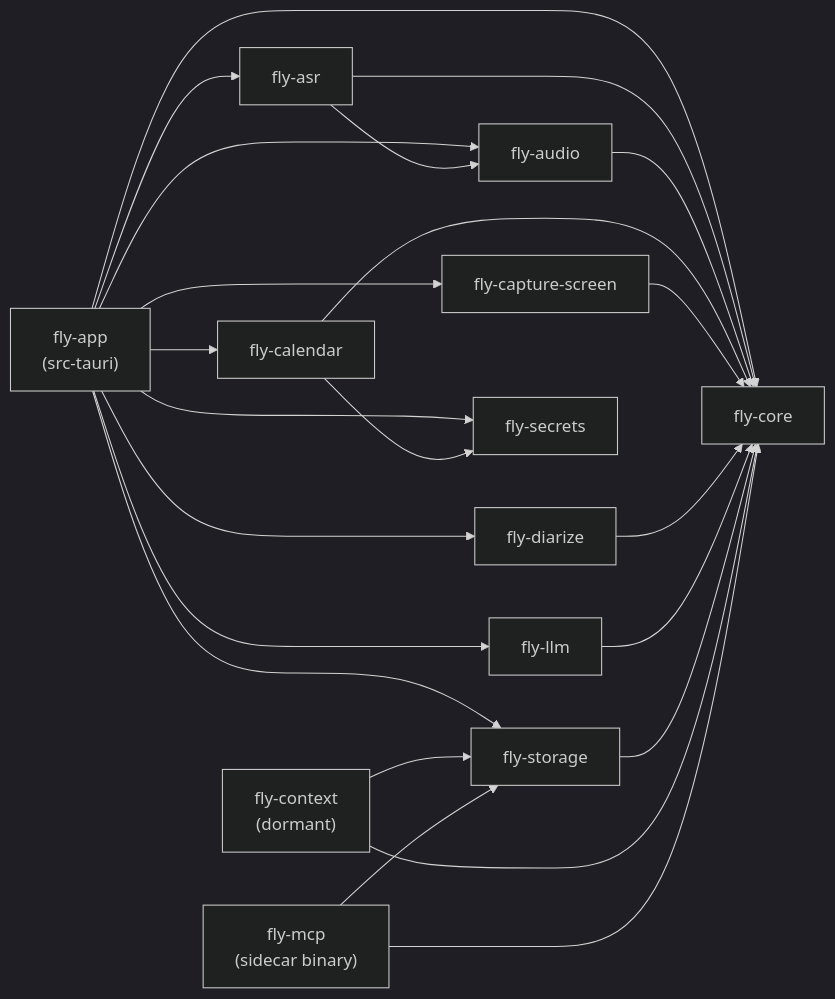
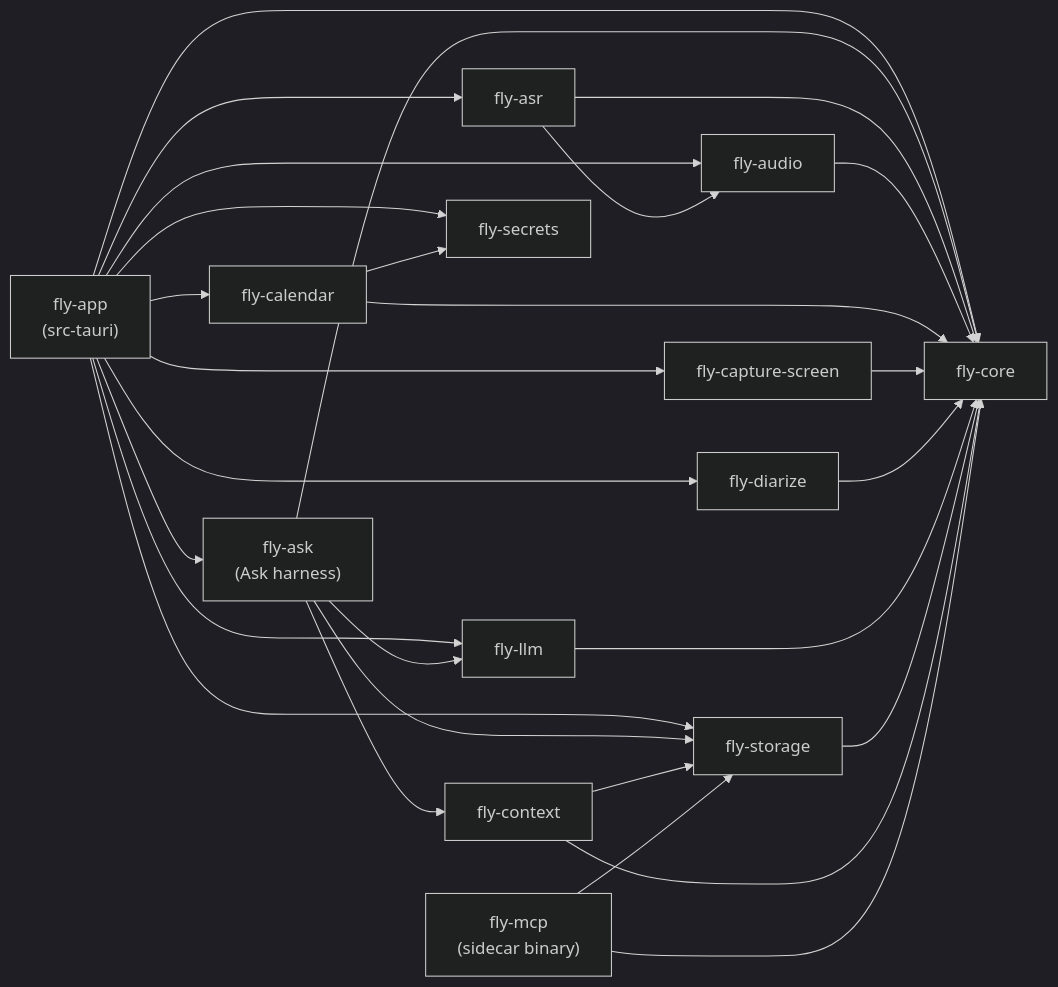
The first of 2 diagrams in docs/components/README.md (swarnavspujari/fly-on-the-wall), drawn with Mermaid (dark theme) before and after one commit. The commit also changed other lines of this file and 23 other files, not shown here.

````diff
--- a/docs/components/README.md
+++ b/docs/components/README.md
@@ -82,26 +83,28 @@
 ```mermaid
 flowchart LR
   app["fly-app<br/>(src-tauri)"]
   mcp["fly-mcp<br/>(sidecar binary)"]
-  ctx["fly-context<br/>(dormant)"]
+  ctx["fly-context"]
+  ask["fly-ask<br/>(Ask harness)"]
   core["fly-core"]
   audio["fly-audio"]
   asr["fly-asr"]
   diar["fly-diarize"]
   llm["fly-llm"]
   cal["fly-calendar"]
   cap["fly-capture-screen"]
   sto["fly-storage"]
   sec["fly-secrets"]
 
-  app --> asr & audio & cal & cap & core & diar & llm & sec & sto
+  app --> ask & asr & audio & cal & cap & core & diar & llm & sec & sto
+  ask --> ctx & llm & sto & core
   asr --> audio & core
   audio --> core
   cal --> core & sec
   cap --> core
   diar --> core
   llm --> core
   sto --> core
   ctx --> core & sto
   mcp --> core & sto
 ```
````
